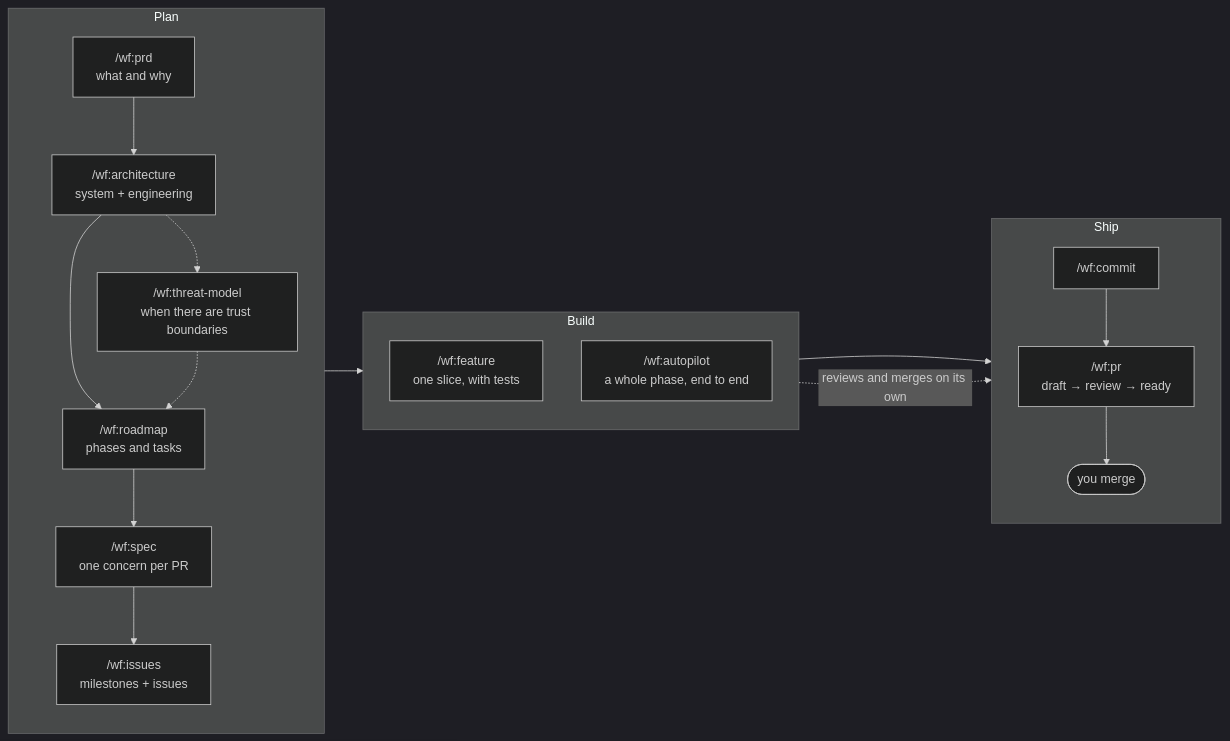
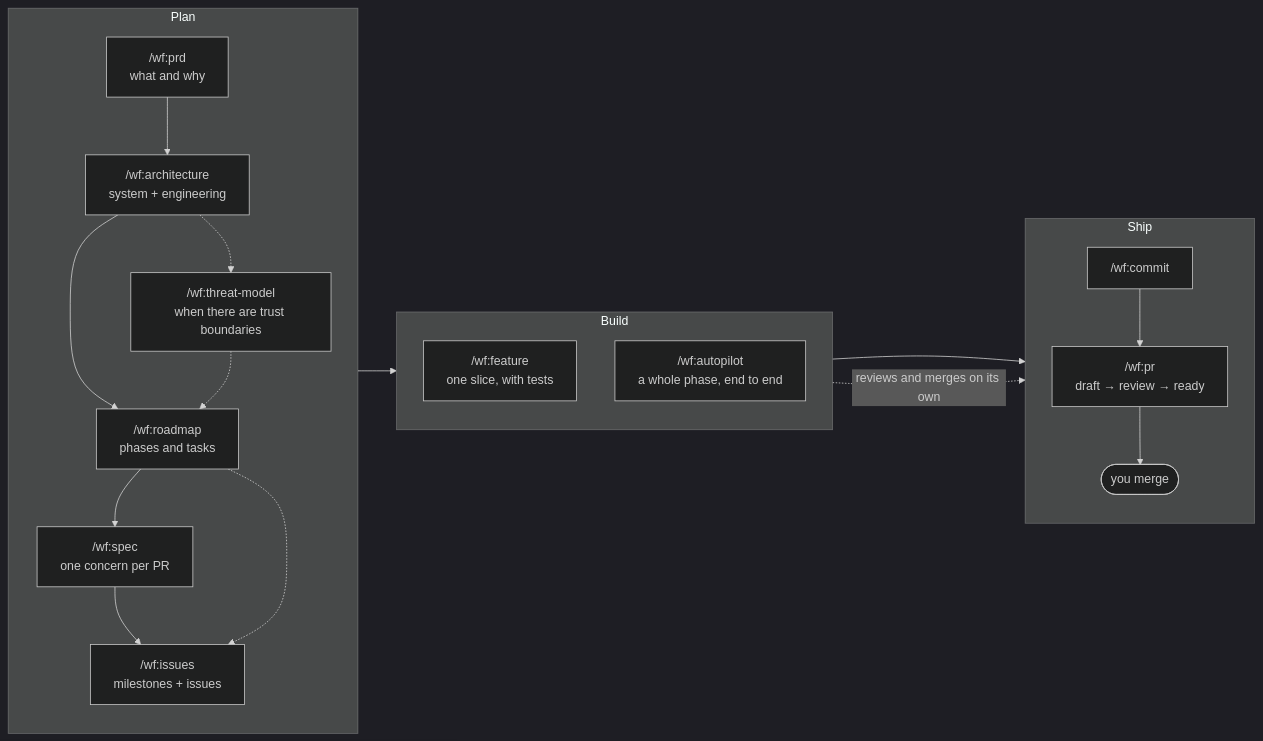
Before and after one commit to 0xrafasec/ai-workflow: the diagram in README.md, drawn with Mermaid (dark theme). The commit also changed other lines of this file and 2 other files, not shown here.

Commit message:
feat(roadmap): offer to hand off to /wf:issues once the roadmap is on trunk

````diff
--- a/README.md
+++ b/README.md
@@ -62,25 +62,26 @@
 ```mermaid
 flowchart LR
     subgraph Plan
         direction TB
         PRD["/wf:prd<br/>what and why"] --> ARCH["/wf:architecture<br/>system + engineering"]
         ARCH --> ROAD
         ARCH -.-> TM["/wf:threat-model<br/>when there are trust boundaries"]
         TM -.-> ROAD["/wf:roadmap<br/>phases and tasks"]
         ROAD --> SPEC["/wf:spec<br/>one concern per PR"]
         SPEC --> ISS["/wf:issues<br/>milestones + issues"]
+        ROAD -.-> ISS
     end
     subgraph Build
         direction TB
         FEAT["/wf:feature<br/>one slice, with tests"]
         AUTO["/wf:autopilot<br/>a whole phase, end to end"]
     end
     subgraph Ship
         direction TB
         COMMIT["/wf:commit"] --> PR["/wf:pr<br/>draft → review → ready"]
         PR --> MERGE(["you merge"])
     end
     Plan --> Build
     FEAT --> COMMIT
     AUTO -. "reviews and merges on its own" .-> MERGE
 ```
````
